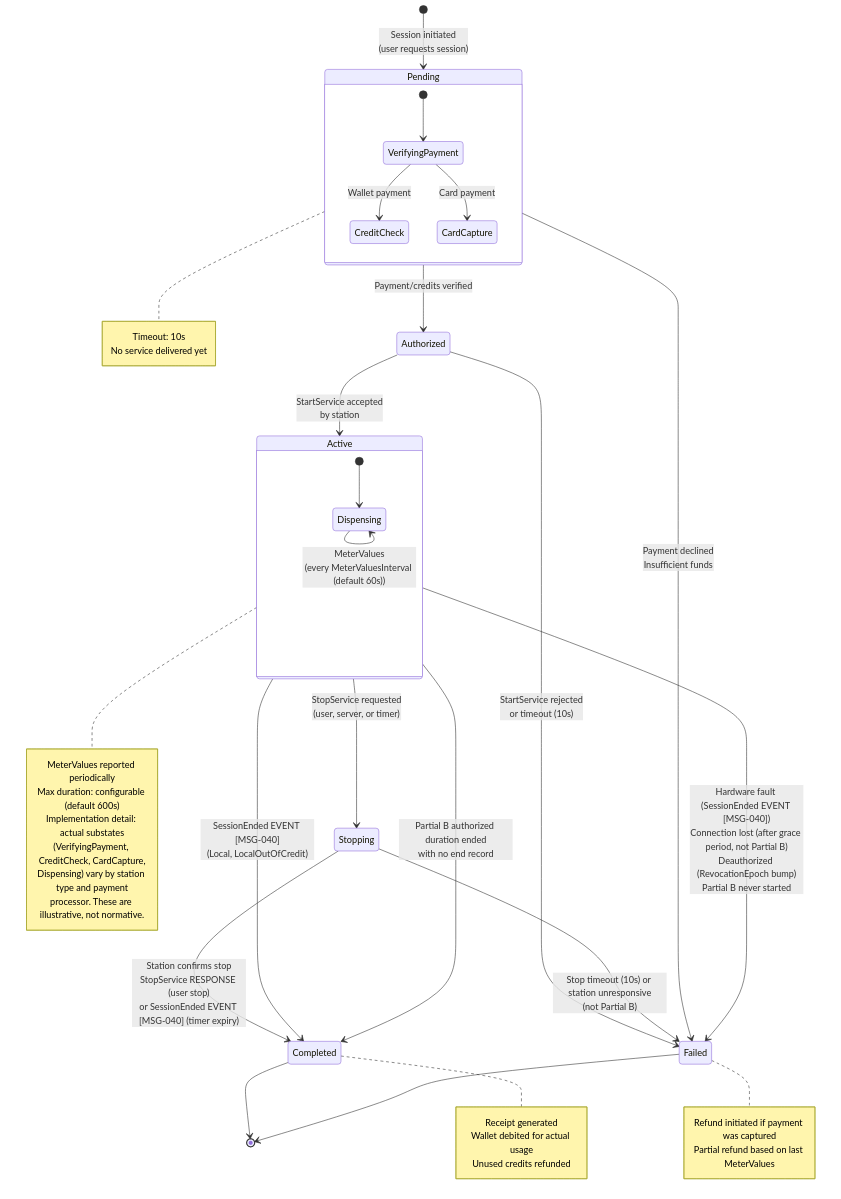
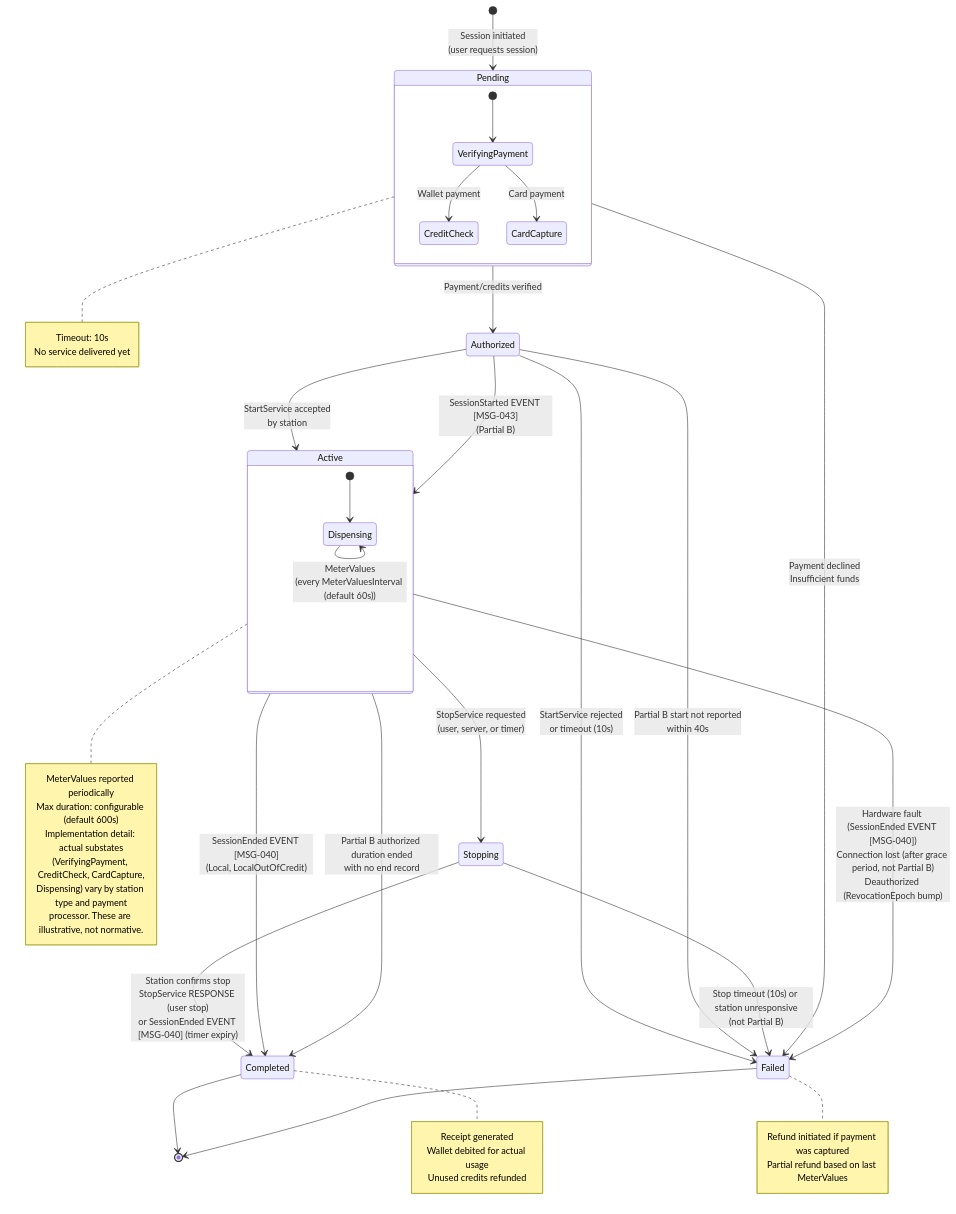
The diagram in diagrams/state-machine-session.mmd (ospp-org/spec), drawn with Mermaid before and after one commit. The commit also changed 21 other files, not shown here.

```diff
--- a/diagrams/state-machine-session.mmd
+++ b/diagrams/state-machine-session.mmd
@@ -1,58 +1,60 @@
 %% OSPP Session Lifecycle State Machine
 %% Reference: spec/05-state-machines.md, Section 3
 
 stateDiagram-v2
     [*] --> Pending : Session initiated<br/>(user requests session)
 
     Pending --> Authorized : Payment/credits verified
     Pending --> Failed : Payment declined<br/>Insufficient funds
 
     Authorized --> Active : StartService accepted<br/>by station
+    Authorized --> Active : SessionStarted EVENT [MSG-043]<br/>(Partial B)
     Authorized --> Failed : StartService rejected<br/>or timeout (10s)
+    Authorized --> Failed : Partial B start not reported<br/>within 40s
 
     Active --> Stopping : StopService requested<br/>(user, server, or timer)
     Active --> Completed : SessionEnded EVENT [MSG-040]<br/>(Local, LocalOutOfCredit)
-    Active --> Failed : Hardware fault (SessionEnded EVENT [MSG-040])<br/>Connection lost (after grace period, not Partial B)<br/>Deauthorized (RevocationEpoch bump)<br/>Partial B never started
+    Active --> Failed : Hardware fault (SessionEnded EVENT [MSG-040])<br/>Connection lost (after grace period, not Partial B)<br/>Deauthorized (RevocationEpoch bump)
     Active --> Completed : Partial B authorized duration ended<br/>with no end record
 
     Stopping --> Completed : Station confirms stop<br/>StopService RESPONSE (user stop)<br/>or SessionEnded EVENT [MSG-040] (timer expiry)
     Stopping --> Failed : Stop timeout (10s) or station unresponsive<br/>(not Partial B)
 
     Completed --> [*]
     Failed --> [*]
 
     state Pending {
         [*] --> VerifyingPayment
         VerifyingPayment --> CreditCheck : Wallet payment
         VerifyingPayment --> CardCapture : Card payment
     }
 
     state Active {
         [*] --> Dispensing
         Dispensing --> Dispensing : MeterValues<br/>(every MeterValuesInterval (default 60s))
     }
 
     note right of Pending
         Timeout: 10s
         No service delivered yet
     end note
 
     note right of Active
         MeterValues reported periodically
         Max duration: configurable (default 600s)
         Implementation detail: actual substates
         (VerifyingPayment, CreditCheck, CardCapture,
         Dispensing) vary by station type and payment
         processor. These are illustrative, not normative.
     end note
 
     note right of Completed
         Receipt generated
         Wallet debited for actual usage
         Unused credits refunded
     end note
 
     note right of Failed
         Refund initiated if payment was captured
         Partial refund based on last MeterValues
     end note
```
